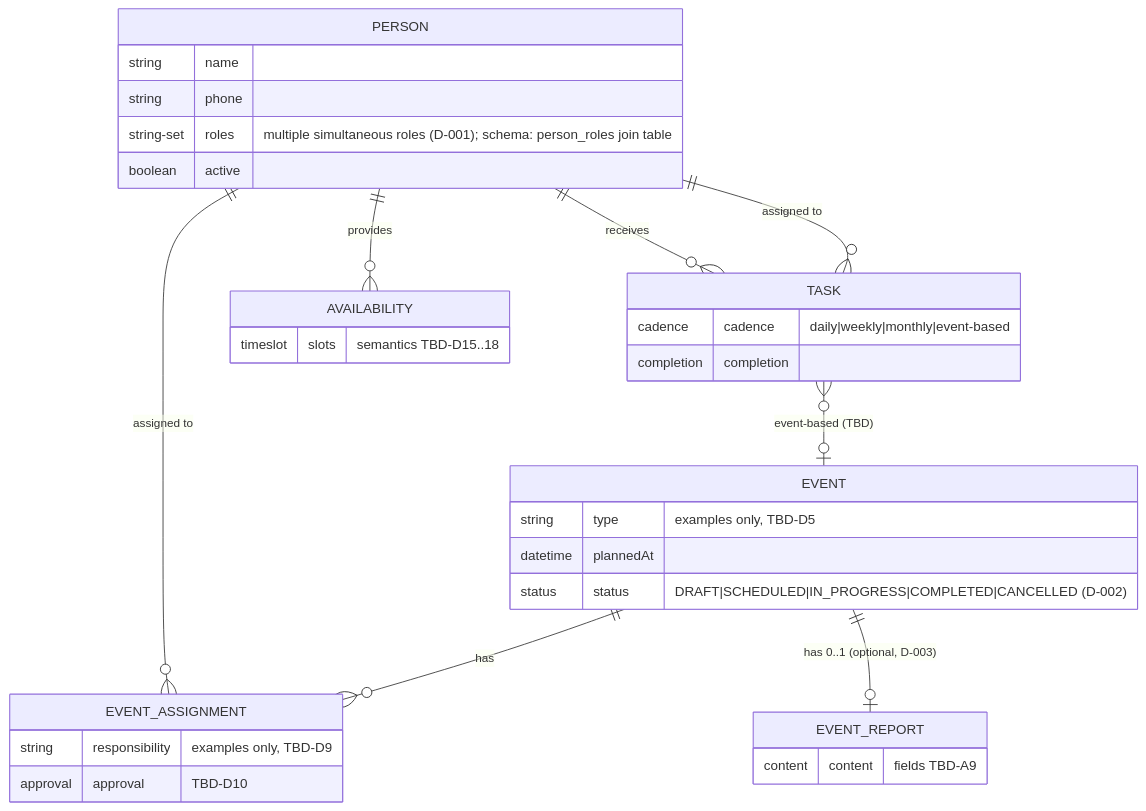
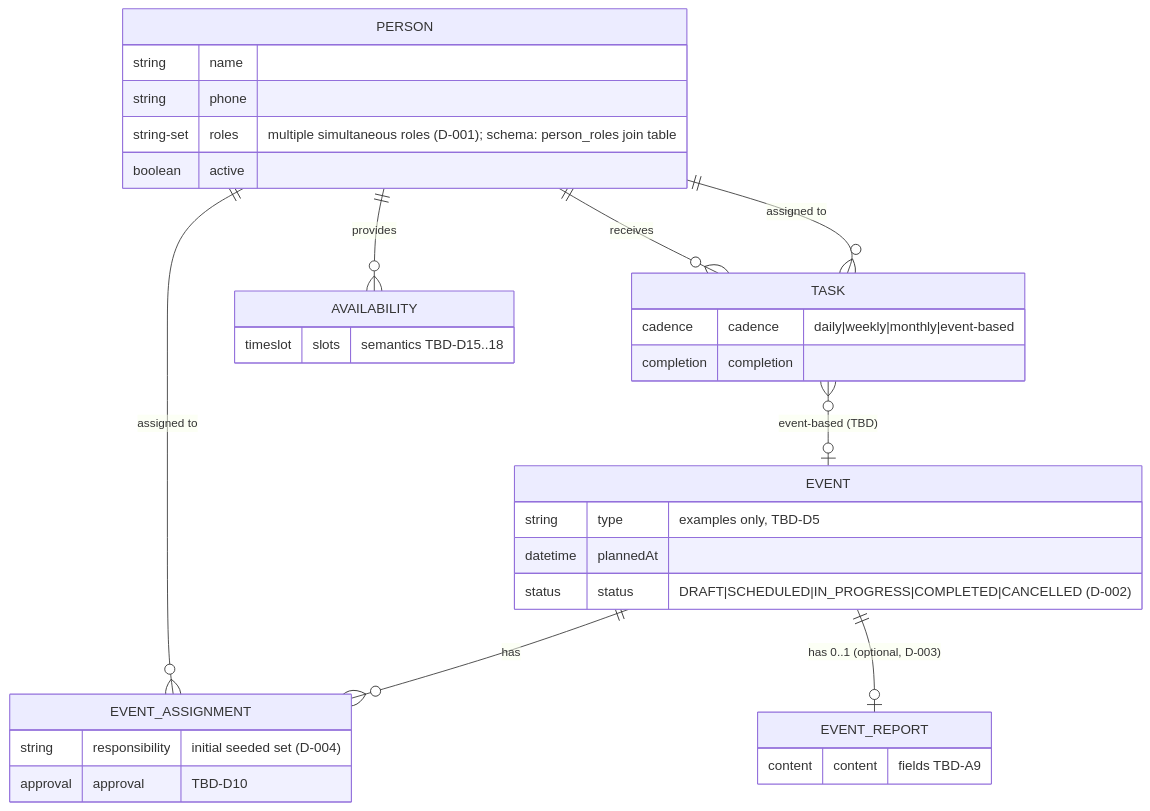
One commit to mistrs2p/ketabdan-ms changed the diagram in docs/02-DOMAIN-MODEL.md. Above: the diagram before and after it, drawn with Mermaid. The commit also changed other lines of this file and 3 other files, not shown here.

Commit message:
docs: approve d-004 initial event responsibility taxonomy

````diff
--- a/docs/02-DOMAIN-MODEL.md
+++ b/docs/02-DOMAIN-MODEL.md
@@ -316,36 +332,36 @@
 ```mermaid
 erDiagram
     PERSON ||--o{ EVENT_ASSIGNMENT : "assigned to"
     PERSON ||--o{ TASK : "receives"
     PERSON ||--o{ AVAILABILITY : "provides"
     EVENT ||--o{ EVENT_ASSIGNMENT : "has"
     EVENT ||--o| EVENT_REPORT : "has 0..1 (optional, D-003)"
     TASK }o--|| PERSON : "assigned to"
     TASK }o--o| EVENT : "event-based (TBD)"
 
     PERSON {
         string name
         string phone
         string-set roles "multiple simultaneous roles (D-001); schema: person_roles join table"
         boolean active
     }
     EVENT {
         string type "examples only, TBD-D5"
         datetime plannedAt
         status status "DRAFT|SCHEDULED|IN_PROGRESS|COMPLETED|CANCELLED (D-002)"
     }
     EVENT_ASSIGNMENT {
-        string responsibility "examples only, TBD-D9"
+        string responsibility "initial seeded set (D-004)"
         approval approval "TBD-D10"
     }
     TASK {
         cadence cadence "daily|weekly|monthly|event-based"
         completion completion
     }
     AVAILABILITY {
         timeslot slots "semantics TBD-D15..18"
     }
     EVENT_REPORT {
         content content "fields TBD-A9"
     }
 ```
````
